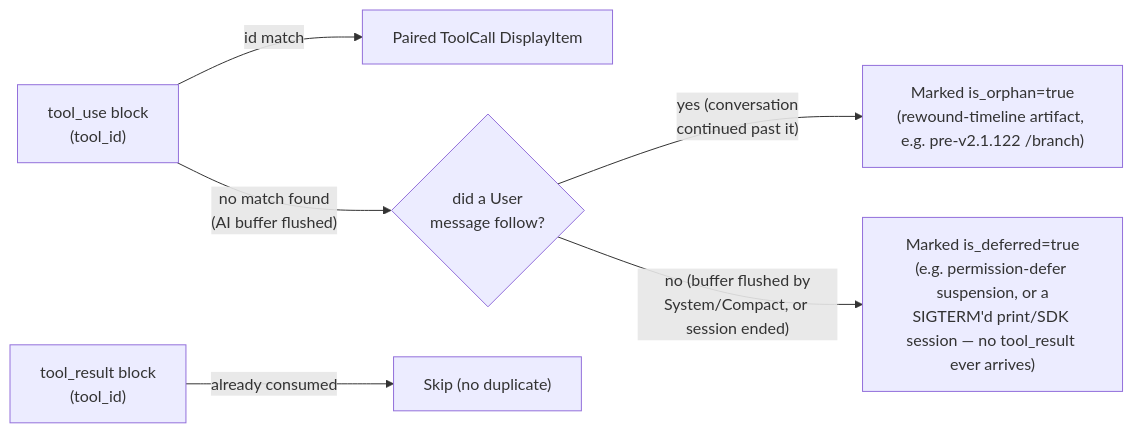
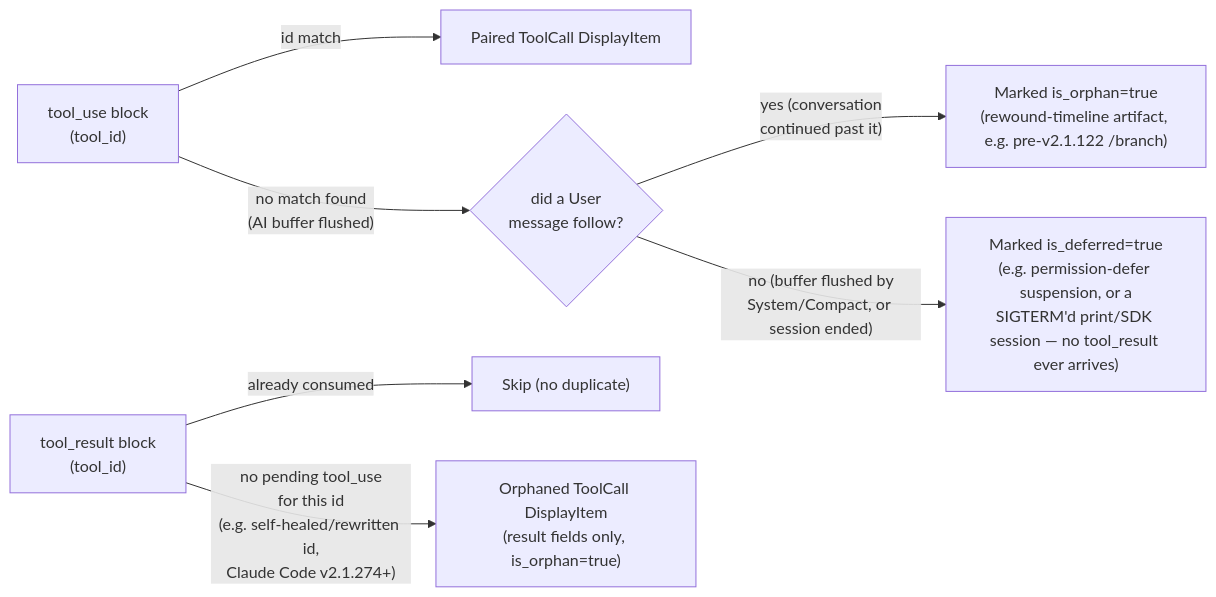
One commit to delexw/claude-code-trace changed the fifth of 11 diagrams in specs/01-parser-pipeline.md. Above: the diagram before and after it, drawn with Mermaid. The commit also changed other lines of this file and 1 other file, not shown here.

Commit message:
fix(parser): render orphaned tool_result as a display item instead of dropping it (#322)
Claude Code v2.1.274 self-heals corrupted transcripts after an
'unexpected tool_use_id' error, which can leave a tool_result whose id
matches no tool_use in the session file. resolve_tool_result previously
rendered these as a plain Output text blob; it now emits an is_orphan
ToolCall item (reusing the existing orphan-item plumbing) so orphaned
results render distinctly and don't get counted by the ongoing-session
heuristic.

Fixes #312

````diff
--- a/specs/01-parser-pipeline.md
+++ b/specs/01-parser-pipeline.md
@@ -217,10 +218,11 @@
 ```mermaid
 flowchart LR
     TC["tool_use block\n(tool_id)"]
     TR["tool_result block\n(tool_id)"]
     TC -->|"id match"| PAIR["Paired ToolCall DisplayItem"]
     TC -->|"no match found\n(AI buffer flushed)"| CHECK{"did a User\nmessage follow?"}
     CHECK -->|"yes (conversation\ncontinued past it)"| ORPHAN["Marked is_orphan=true\n(rewound-timeline artifact, e.g. pre-v2.1.122 /branch)"]
     CHECK -->|"no (buffer flushed by\nSystem/Compact, or session ended)"| DEF["Marked is_deferred=true\n(e.g. permission-defer suspension, or a\nSIGTERM'd print/SDK session — no tool_result ever arrives)"]
     TR -->|"already consumed"| SKIP["Skip (no duplicate)"]
+    TR -->|"no pending tool_use\nfor this id\n(e.g. self-healed/rewritten id,\nClaude Code v2.1.274+)"| ORPHAN_TR["Orphaned ToolCall DisplayItem\n(result fields only, is_orphan=true)"]
 ```
````
